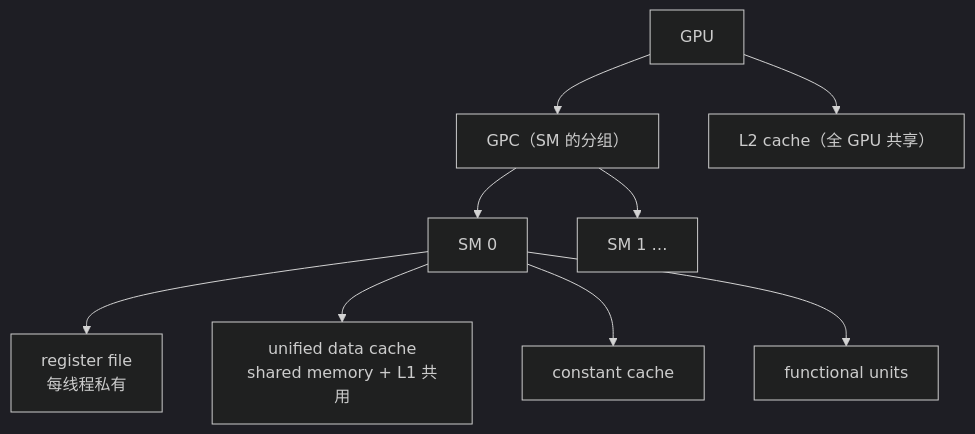
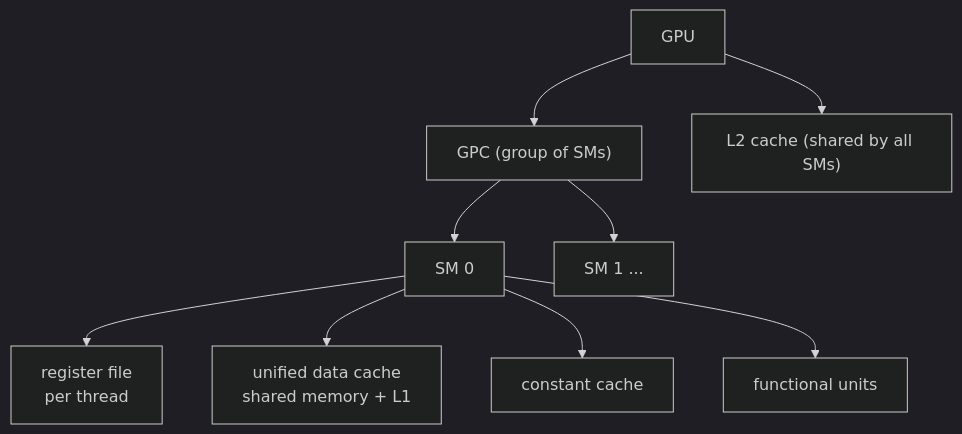
The second of 3 diagrams in Artificial_Intelligence/CUDA/学习笔记/C01 Introduction.md (Korotomx/STD), drawn with Mermaid (dark theme) before and after one commit. The commit also changed other lines of this file and 173 other files, not shown here.

````diff
--- a/Artificial_Intelligence/CUDA/学习笔记/C01 Introduction.md
+++ b/Artificial_Intelligence/CUDA/学习笔记/C01 Introduction.md
@@ -123,12 +43,11 @@
 ```mermaid
 flowchart TB
-    GPU["GPU"]
-    GPU --> GPC["GPC（SM 的分组）"]
-    GPU --> L2["L2 cache（全 GPU 共享）"]
+    GPU["GPU"] --> GPC["GPC (group of SMs)"]
+    GPU --> L2["L2 cache (shared by all SMs)"]
     GPC --> SM0["SM 0"]
-    GPC --> SM1["SM 1 …"]
-    SM0 --> RF["register file<br/>每线程私有"]
-    SM0 --> UC["unified data cache<br/>shared memory + L1 共用"]
+    GPC --> SM1["SM 1 ..."]
+    SM0 --> RF["register file<br/>per thread"]
+    SM0 --> UC["unified data cache<br/>shared memory + L1"]
     SM0 --> CC["constant cache"]
     SM0 --> FU["functional units"]
 ```
````
